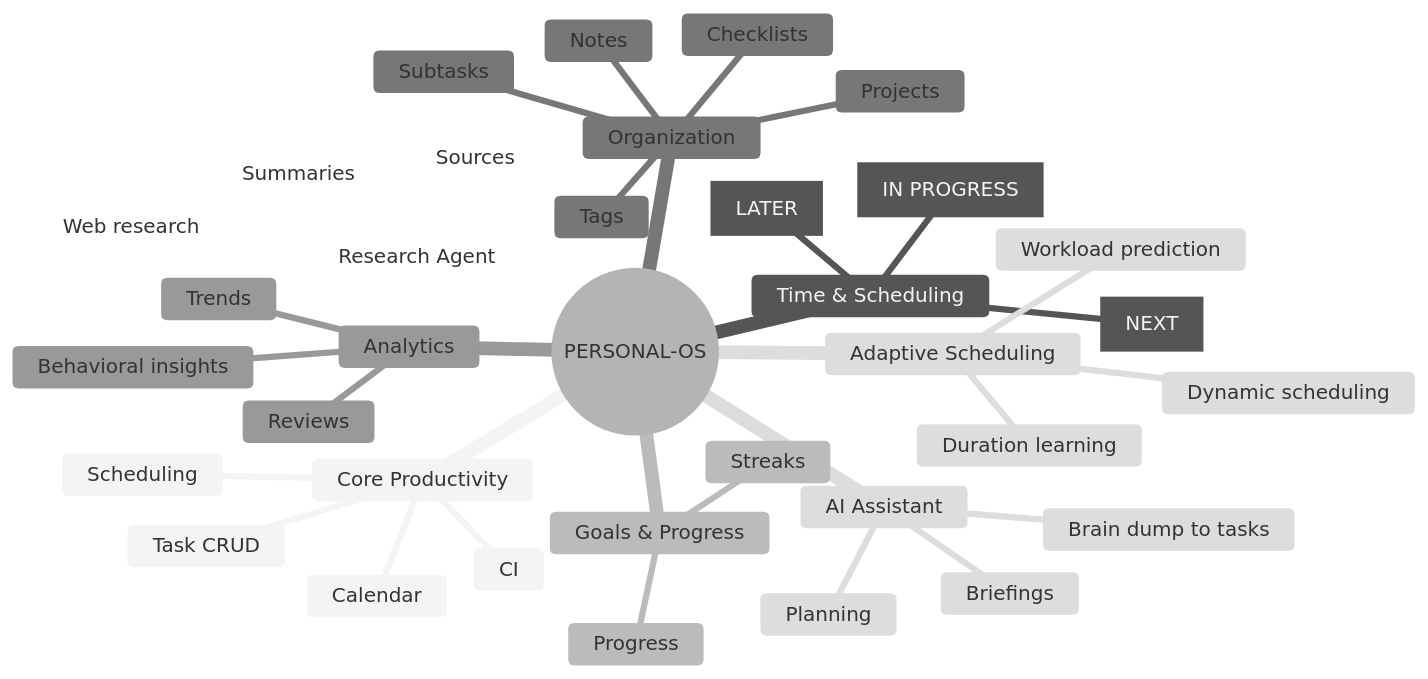
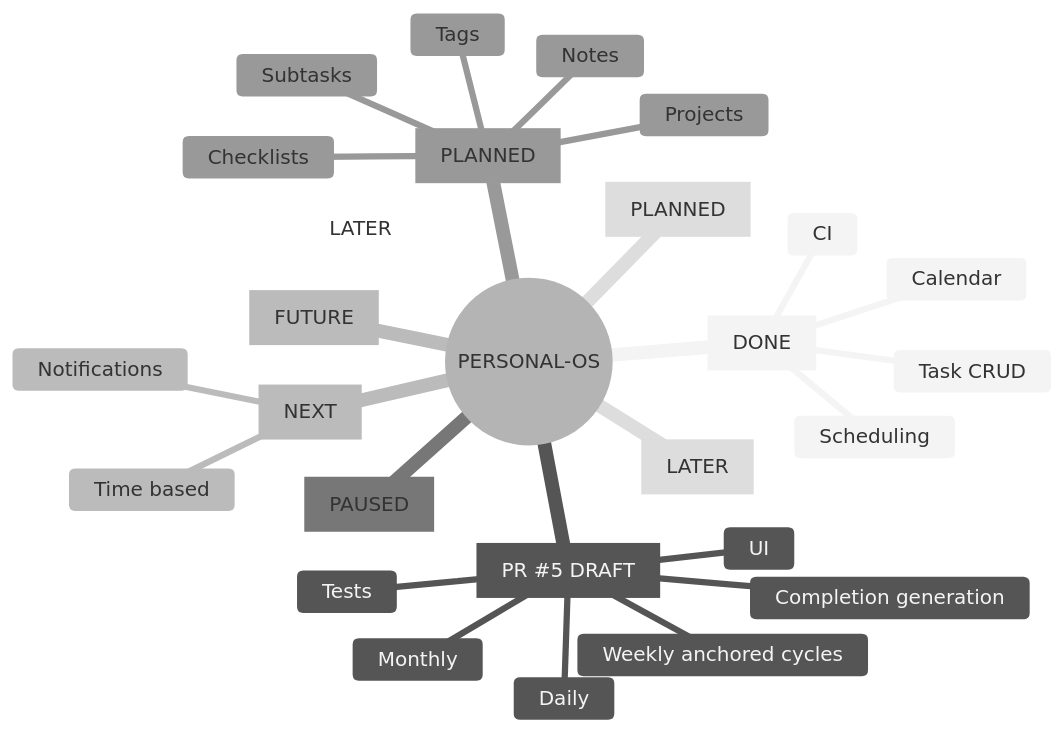
One commit to mohith-krishnaa/personal-os changed the diagram in PROJECT_STATE.md. Above: the diagram before and after it, drawn with Mermaid (neutral theme). The commit also changed other lines of this file, not shown here.

````diff
--- a/PROJECT_STATE.md
+++ b/PROJECT_STATE.md
@@ -130,38 +121,30 @@
 ```mermaid
 mindmap
   root((PERSONAL-OS))
-    Core Productivity
+    Core Productivity [DONE]
       Task CRUD
       Scheduling
       Calendar
       CI
-    Time & Scheduling
-      Recurring Tasks [IN PROGRESS]
-      Reminders [NEXT]
-      Conflict-aware scheduling [LATER]
-    Goals & Progress
-      Progress
-      Streaks
-    Organization
+    Recurring Tasks V1 [PR #5 DRAFT]
+      Daily
+      Weekly anchored cycles
+      Monthly
+      Completion generation
+      Tests
+      UI
+    Reminders V1 [NEXT]
+      Time based
+      Notifications
+    Progress & Streaks [PAUSED]
+    Organization [PLANNED]
       Projects
       Subtasks
       Checklists
       Notes
       Tags
-    Analytics
-      Reviews
-      Trends
-      Behavioral insights
-    AI Assistant
-      Brain dump to tasks
-      Planning
-      Briefings
-    Research Agent
-      Web research
-      Sources
-      Summaries
-    Adaptive Scheduling
-      Duration learning
-      Workload prediction
-      Dynamic scheduling
+    Analytics [PLANNED]
+    AI Assistant [LATER]
+    Research Agent [LATER]
+    Adaptive Scheduling [FUTURE]
 ```
````
